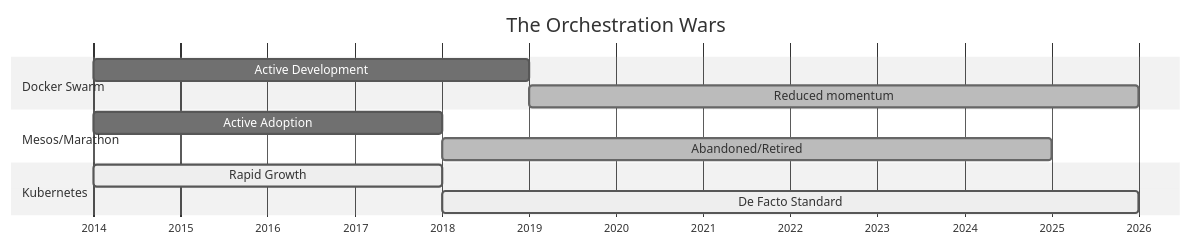
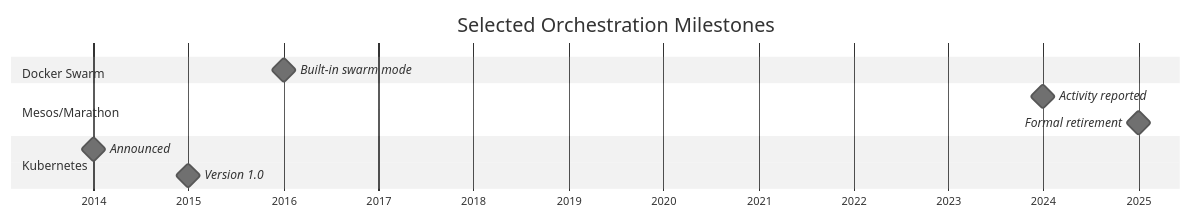
Before and after one commit to kube-dojo/kube-dojo.github.io: the second of 2 diagrams in src/content/docs/prerequisites/philosophy-design/module-1.1-why-kubernetes-won.md, drawn with Mermaid (neutral theme). The commit also changed other lines of this file and 1 other file, not shown here.

Commit message:
docs(#2278): anchor historical milestones in primary records

````diff
--- a/src/content/docs/prerequisites/philosophy-design/module-1.1-why-kubernetes-won.md
+++ b/src/content/docs/prerequisites/philosophy-design/module-1.1-why-kubernetes-won.md
@@ -241,18 +241,17 @@
 ```mermaid
 gantt
-    title The Orchestration Wars
+    title Selected Orchestration Milestones
     dateFormat YYYY
     axisFormat %Y
     
     section Docker Swarm
-    Active Development :2014, 2019
-    Reduced momentum   :done, 2019, 2026
+    Built-in swarm mode :milestone, 2016, 0d
     
     section Mesos/Marathon
-    Active Adoption    :2014, 2018
-    Abandoned/Retired  :done, 2018, 2025
+    Activity reported  :milestone, 2024, 0d
+    Formal retirement  :milestone, 2025, 0d
     
     section Kubernetes
-    Rapid Growth       :active, 2014, 2018
-    De Facto Standard  :active, 2018, 2026
+    Announced          :milestone, 2014, 0d
+    Version 1.0        :milestone, 2015, 0d
 ```
````
